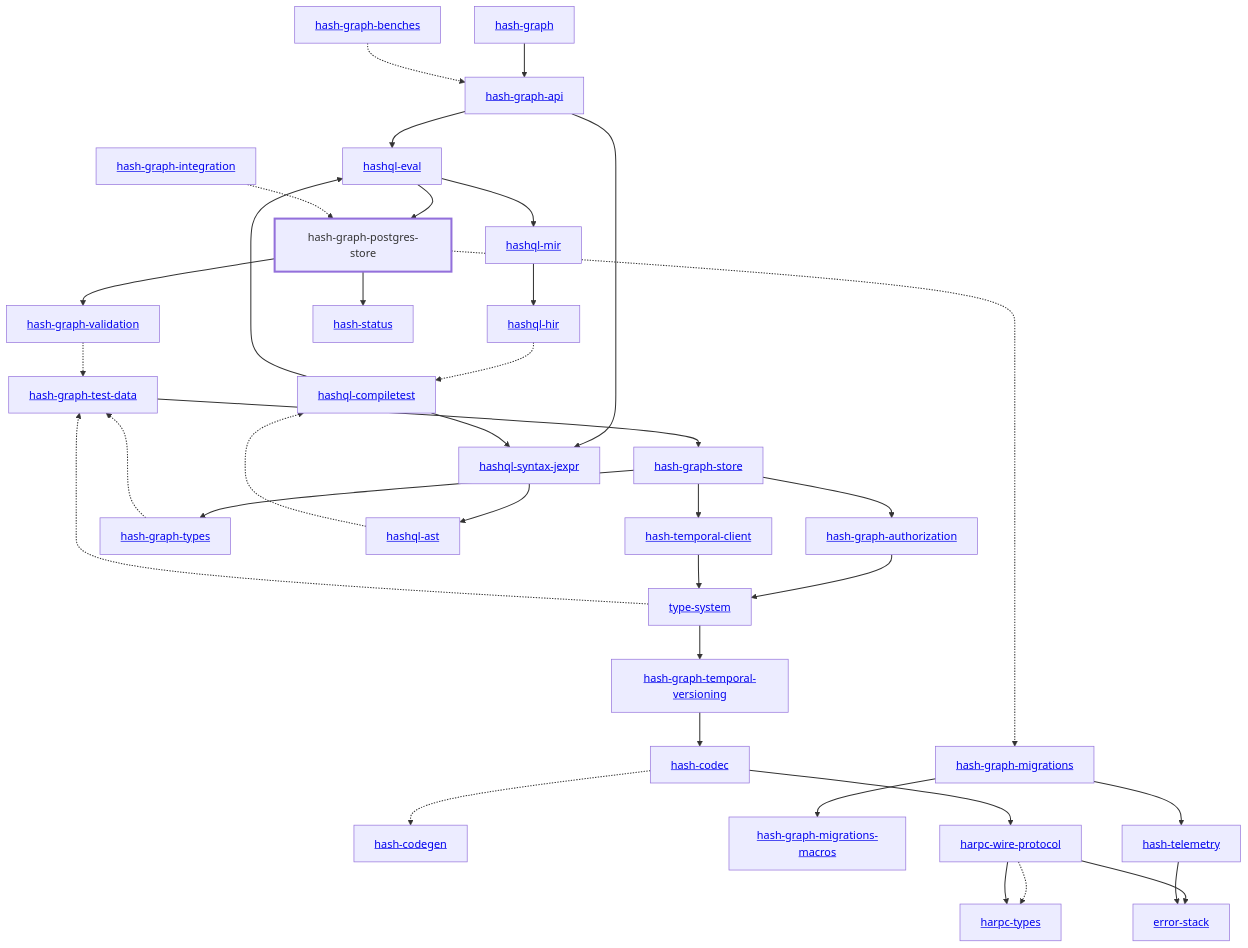
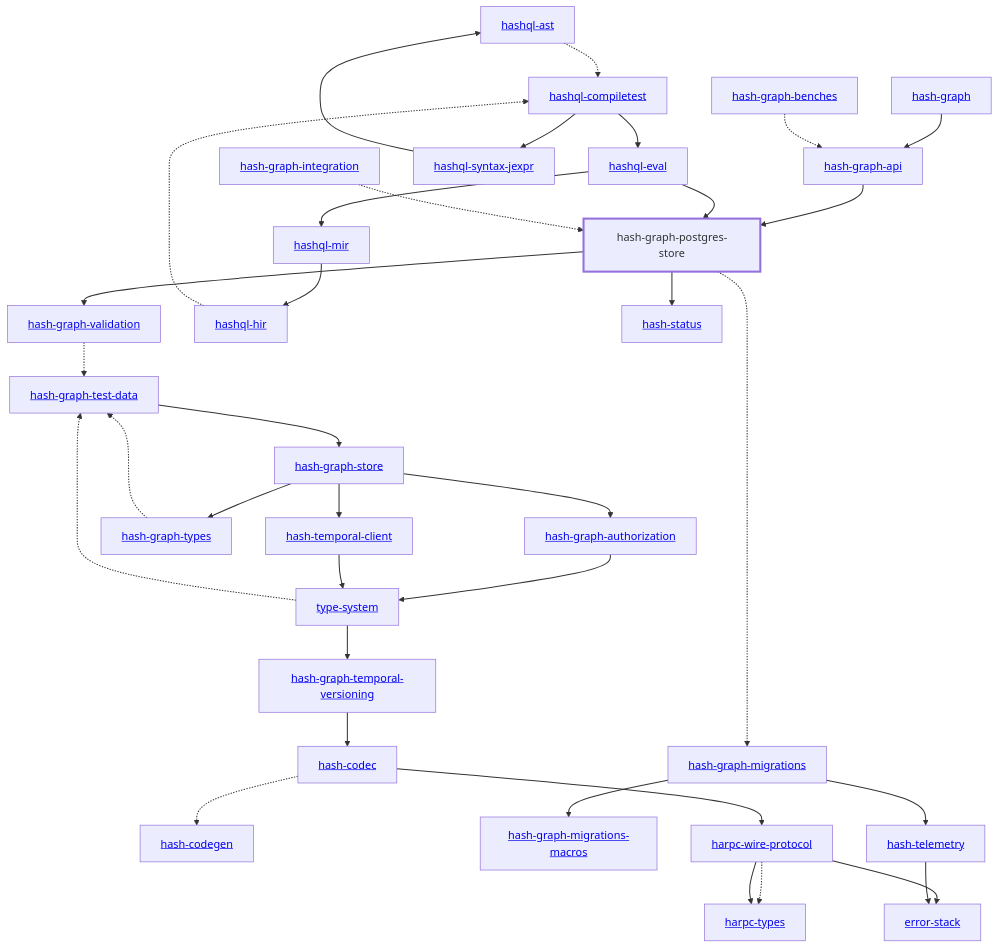
Before and after one commit to hashintel/hash: the diagram in libs/@local/graph/postgres-store/docs/dependency-diagram.mmd, drawn with Mermaid. The commit also changed 26 other files, not shown here.

```diff
--- a/libs/@local/graph/postgres-store/docs/dependency-diagram.mmd
+++ b/libs/@local/graph/postgres-store/docs/dependency-diagram.mmd
@@ -1,74 +1,73 @@
 graph TD
     linkStyle default stroke-width:1.5px
     classDef default stroke-width:1px
     classDef root stroke-width:3px
     classDef dev stroke-width:1px
     classDef build stroke-width:1px
     %% Legend
     %% --> : Normal dependency
     %% -.-> : Dev dependency
     %% ---> : Build dependency
     0[<a href="../hash_graph/index.html">hash-graph</a>]
     1[<a href="../type_system/index.html">type-system</a>]
     2[<a href="../hash_codec/index.html">hash-codec</a>]
     3[<a href="../hash_codegen/index.html">hash-codegen</a>]
     4[<a href="../hash_graph_api/index.html">hash-graph-api</a>]
     5[<a href="../hash_graph_authorization/index.html">hash-graph-authorization</a>]
     6[<a href="../hash_graph_migrations/index.html">hash-graph-migrations</a>]
     7[<a href="../hash_graph_migrations_macros/index.html">hash-graph-migrations-macros</a>]
     8[hash-graph-postgres-store]
     class 8 root
     9[<a href="../hash_graph_store/index.html">hash-graph-store</a>]
     10[<a href="../hash_graph_temporal_versioning/index.html">hash-graph-temporal-versioning</a>]
     11[<a href="../hash_graph_types/index.html">hash-graph-types</a>]
     12[<a href="../hash_graph_validation/index.html">hash-graph-validation</a>]
     13[<a href="../harpc_types/index.html">harpc-types</a>]
     14[<a href="../harpc_wire_protocol/index.html">harpc-wire-protocol</a>]
     15[<a href="../hashql_ast/index.html">hashql-ast</a>]
     16[<a href="../hashql_compiletest/index.html">hashql-compiletest</a>]
     17[<a href="../hashql_eval/index.html">hashql-eval</a>]
     18[<a href="../hashql_hir/index.html">hashql-hir</a>]
     19[<a href="../hashql_mir/index.html">hashql-mir</a>]
     20[<a href="../hashql_syntax_jexpr/index.html">hashql-syntax-jexpr</a>]
     21[<a href="../hash_status/index.html">hash-status</a>]
     22[<a href="../hash_telemetry/index.html">hash-telemetry</a>]
     23[<a href="../hash_temporal_client/index.html">hash-temporal-client</a>]
     24[<a href="../error_stack/index.html">error-stack</a>]
     25[<a href="../hash_graph_benches/index.html">hash-graph-benches</a>]
     26[<a href="../hash_graph_integration/index.html">hash-graph-integration</a>]
     27[<a href="../hash_graph_test_data/index.html">hash-graph-test-data</a>]
     0 --> 4
     1 --> 10
     1 -.-> 27
     2 -.-> 3
     2 --> 14
-    4 --> 17
-    4 --> 20
+    4 --> 8
     5 --> 1
     6 --> 7
     6 --> 22
     8 -.-> 6
     8 --> 12
     8 --> 21
     9 --> 5
     9 --> 11
     9 --> 23
     10 --> 2
     11 -.-> 27
     12 -.-> 27
     14 -.-> 13
     14 --> 13
     14 --> 24
     15 -.-> 16
     16 --> 17
     16 --> 20
     17 --> 8
     17 --> 19
     18 -.-> 16
     19 --> 18
     20 --> 15
     22 --> 24
     23 --> 1
     25 -.-> 4
     26 -.-> 8
     27 --> 9
```
